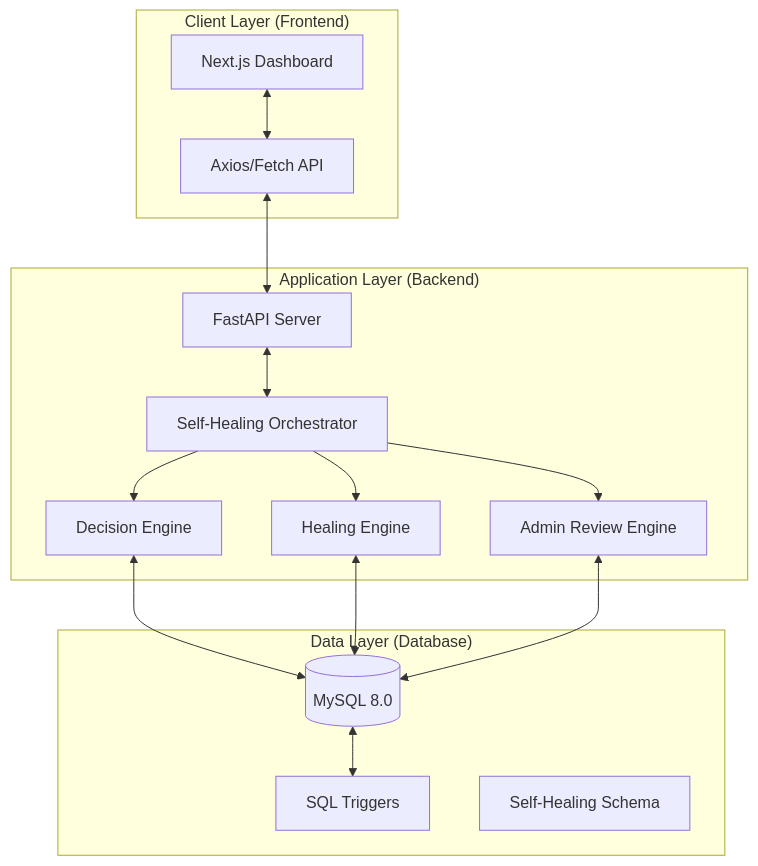
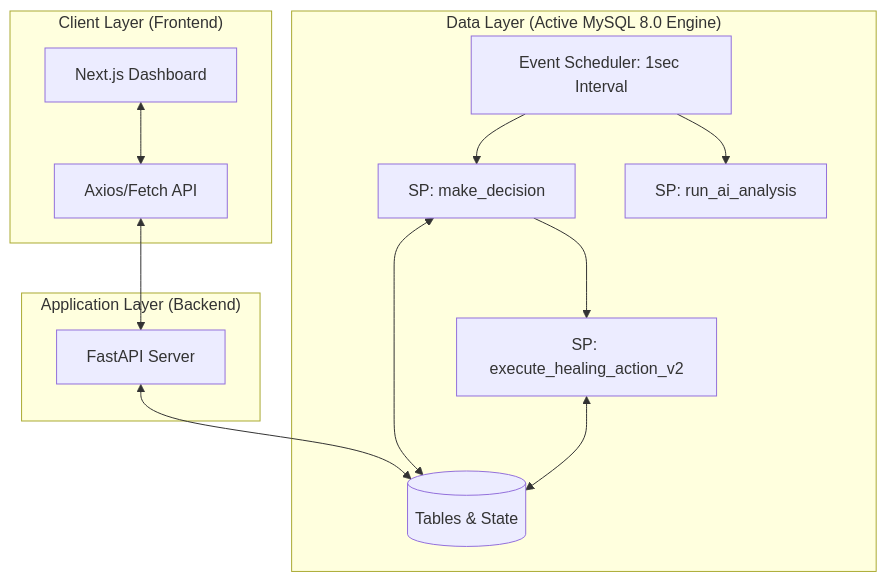
One commit to TSR0705/DBMS_PROJECT_SELF-HEALING-DATABASE changed the first of 3 diagrams in docs/Architecture.md. Above: the diagram before and after it, drawn with Mermaid. The commit also changed other lines of this file and 20 other files, not shown here.

````diff
--- a/docs/Architecture.md
+++ b/docs/Architecture.md
@@ -16,33 +16,29 @@
 ```mermaid
 graph TD
     subgraph "Client Layer (Frontend)"
         UI[Next.js Dashboard]
         API_Client[Axios/Fetch API]
     end
 
     subgraph "Application Layer (Backend)"
         API[FastAPI Server]
-        Orchestrator[Self-Healing Orchestrator]
-        DecisionEng[Decision Engine]
-        HealingEng[Healing Engine]
-        AdminEng[Admin Review Engine]
     end
 
-    subgraph "Data Layer (Database)"
-        DB[(MySQL 8.0)]
-        Triggers[SQL Triggers]
-        Schema[Self-Healing Schema]
+    subgraph "Data Layer (Active MySQL 8.0 Engine)"
+        DB[(Tables & State)]
+        Orchestrator[Event Scheduler: 1sec Interval]
+        DecisionEng[SP: make_decision]
+        HealingEng[SP: execute_healing_action_v2]
+        AnalysisEng[SP: run_ai_analysis]
     end
 
     %% Flow
     UI <--> API_Client
     API_Client <--> API
-    API <--> Orchestrator
+    API <--> DB
+    Orchestrator --> AnalysisEng
     Orchestrator --> DecisionEng
-    Orchestrator --> HealingEng
-    Orchestrator --> AdminEng
+    DecisionEng --> HealingEng
     DecisionEng <--> DB
     HealingEng <--> DB
-    AdminEng <--> DB
-    DB <--> Triggers
 ```
````
